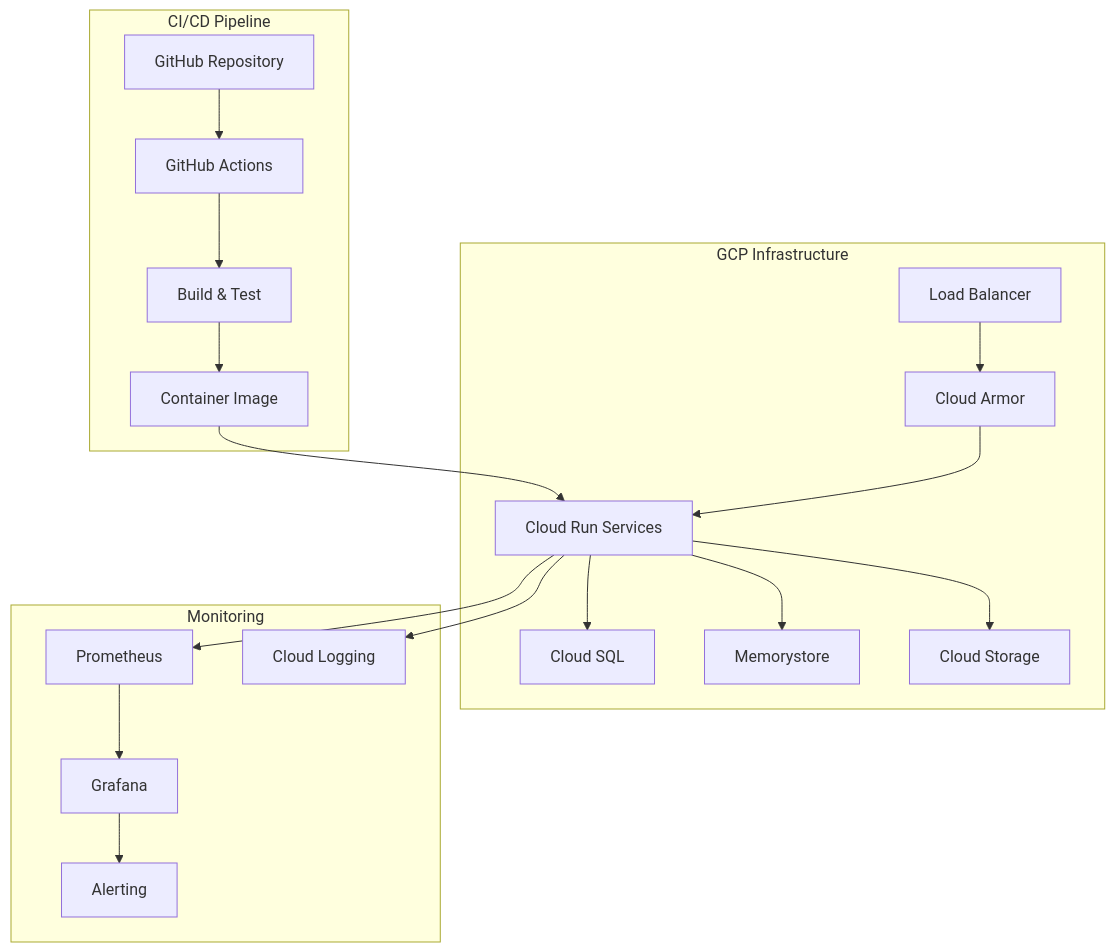
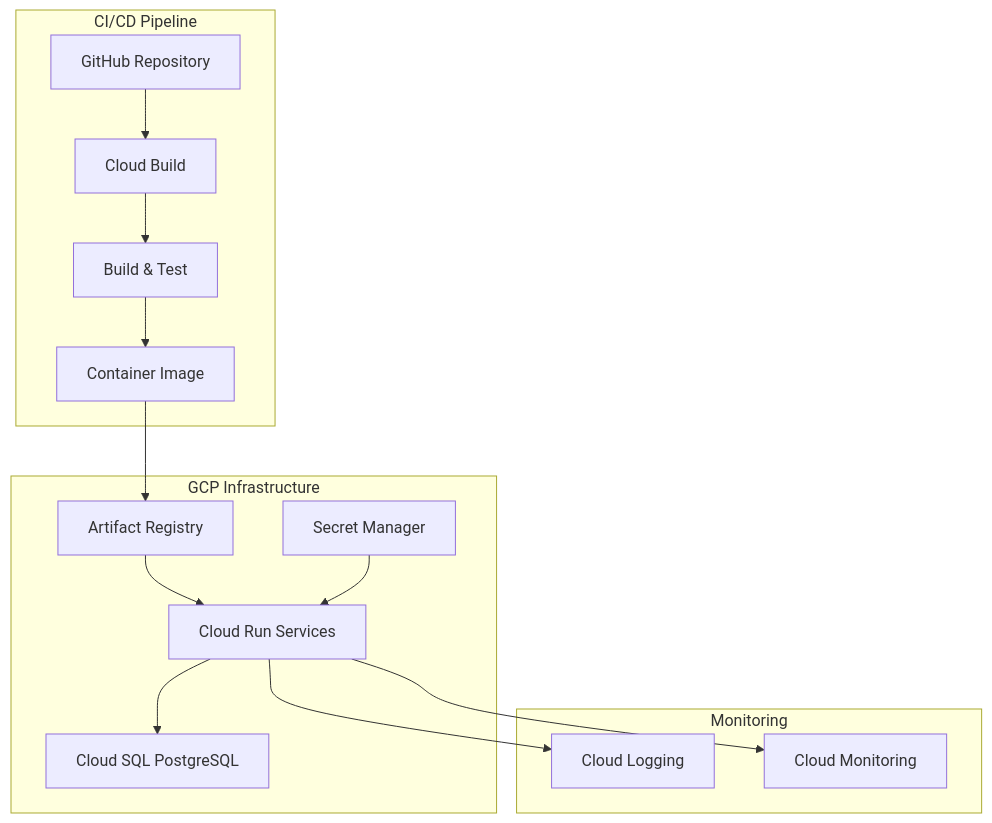
Before and after one commit to LIDR-academy/AI4Devs-finalproject: the second of 3 diagrams in readme.md, drawn with Mermaid. The commit also changed other lines of this file and 27 other files, not shown here.

````diff
--- a/readme.md
+++ b/readme.md
@@ -431,41 +428,32 @@
 ```mermaid
 graph TB
     subgraph "CI/CD Pipeline"
         GitHub[GitHub Repository]
-        Actions[GitHub Actions]
+        CloudBuild[Cloud Build]
         Build[Build & Test]
         Image[Container Image]
     end
     
     subgraph "GCP Infrastructure"
-        LB[Load Balancer]
-        CloudArmor[Cloud Armor]
         CloudRun[Cloud Run Services]
-        CloudSQL[Cloud SQL]
-        Memorystore[Memorystore]
-        Storage[Cloud Storage]
+        CloudSQL[Cloud SQL PostgreSQL]
+        ArtifactRegistry[Artifact Registry]
+        SecretManager[Secret Manager]
     end
     
     subgraph "Monitoring"
-        Prometheus[Prometheus]
-        Grafana[Grafana]
-        Logging[Cloud Logging]
-        Alerting[Alerting]
+        CloudLogging[Cloud Logging]
+        CloudMonitoring[Cloud Monitoring]
     end
     
-    GitHub --> Actions
-    Actions --> Build
+    GitHub --> CloudBuild
+    CloudBuild --> Build
     Build --> Image
-    Image --> CloudRun
+    Image --> ArtifactRegistry
+    ArtifactRegistry --> CloudRun
+    CloudRun --> CloudSQL
+    SecretManager --> CloudRun
     
-    LB --> CloudArmor
-    CloudArmor --> CloudRun
-    CloudRun --> CloudSQL
-    CloudRun --> Memorystore
-    CloudRun --> Storage
-    
-    CloudRun --> Prometheus
-    CloudRun --> Logging
-    Prometheus --> Grafana
-    Grafana --> Alerting
+    CloudRun --> CloudLogging
+    CloudRun --> CloudMonitoring
 ```
````
